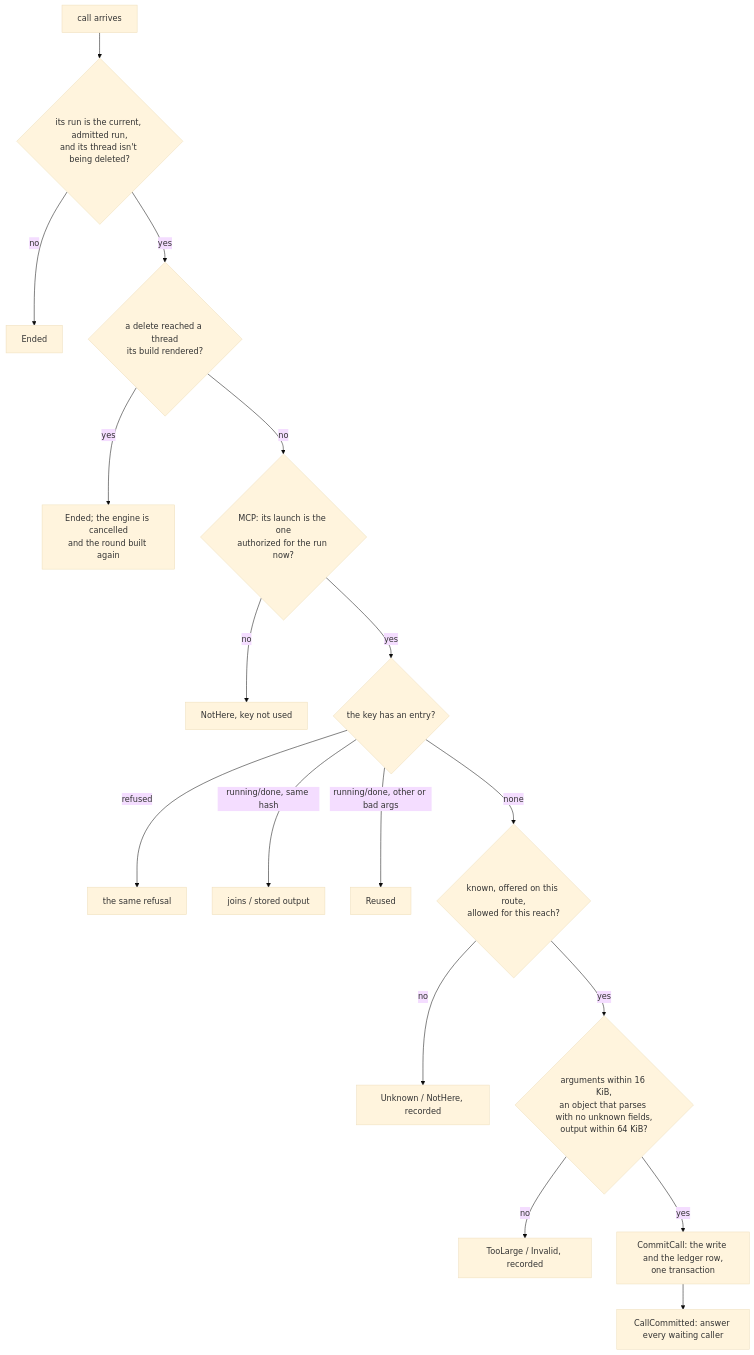
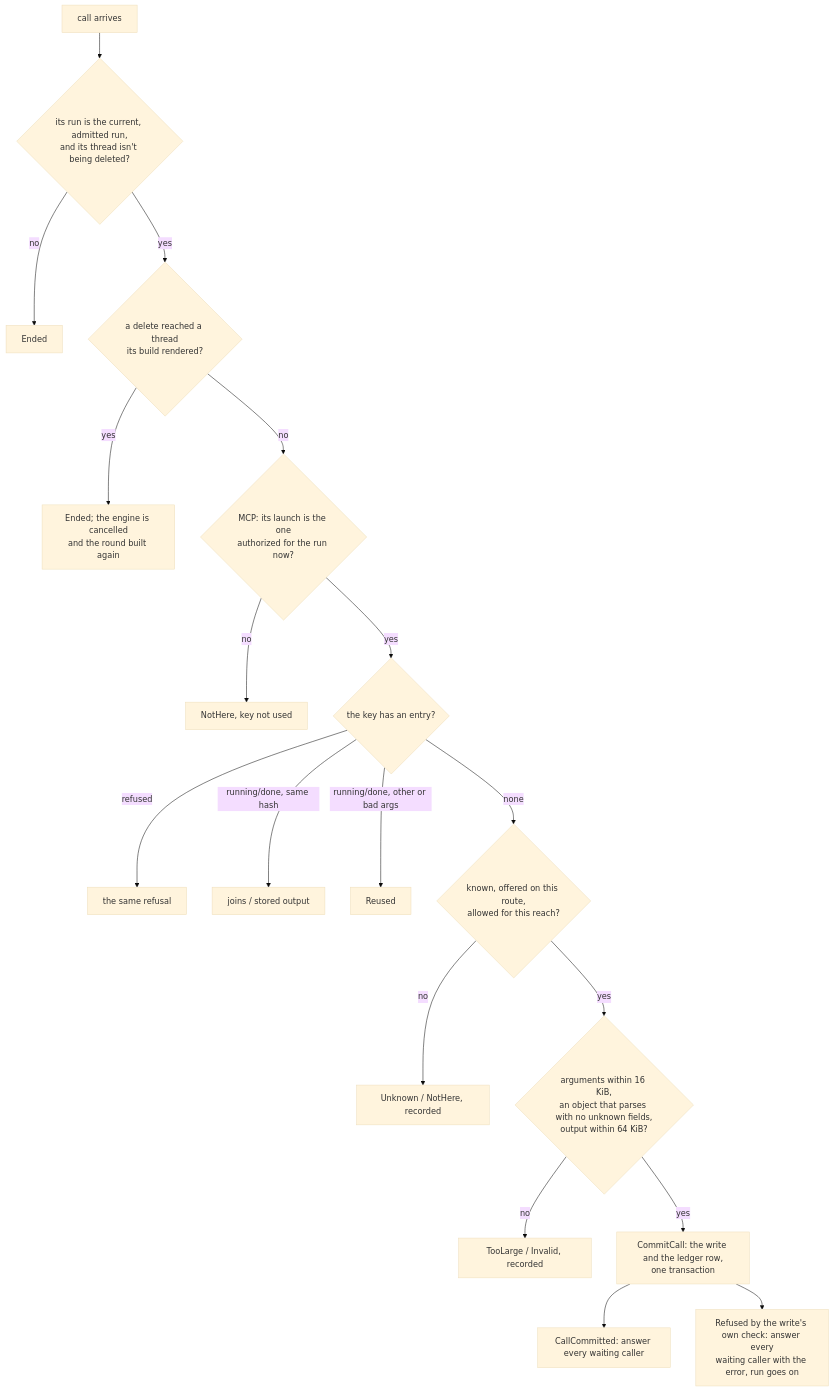
Before and after one commit to labcoder/capsula: the diagram in docs/development/tools.md, drawn with Mermaid (base theme). The commit also changed other lines of this file and 20 other files, not shown here.

````diff
--- a/docs/development/tools.md
+++ b/docs/development/tools.md
@@ -25,19 +26,20 @@
 ```mermaid
 flowchart TD
     A[call arrives] --> B{its run is the current, admitted run,<br/>and its thread isn't being deleted?}
     B -- no --> E1[Ended]
     B -- yes --> V{a delete reached a thread<br/>its build rendered?}
     V -- yes --> E7[Ended; the engine is cancelled<br/>and the round built again]
     V -- no --> C{MCP: its launch is the one<br/>authorized for the run now?}
     C -- no --> E2[NotHere, key not used]
     C -- yes --> D{the key has an entry?}
     D -- refused --> E3[the same refusal]
     D -- running/done, same hash --> J[joins / stored output]
     D -- running/done, other or bad args --> E4[Reused]
     D -- none --> F{known, offered on this route,<br/>allowed for this reach?}
     F -- no --> E5[Unknown / NotHere, recorded]
     F -- yes --> G{arguments within 16 KiB,<br/>an object that parses with no unknown fields,<br/>output within 64 KiB?}
     G -- no --> E6[TooLarge / Invalid, recorded]
     G -- yes --> H[CommitCall: the write and the ledger row,<br/>one transaction]
     H --> I[CallCommitted: answer every waiting caller]
+    H --> K[Refused by the write's own check: answer every<br/>waiting caller with the error, run goes on]
 ```
````
